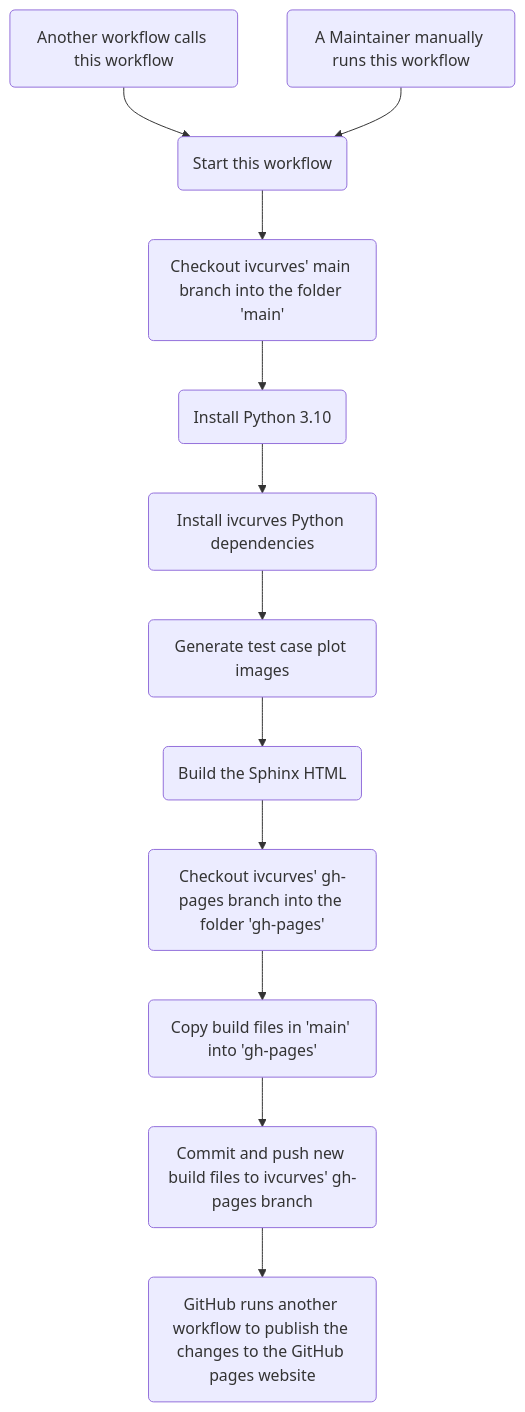
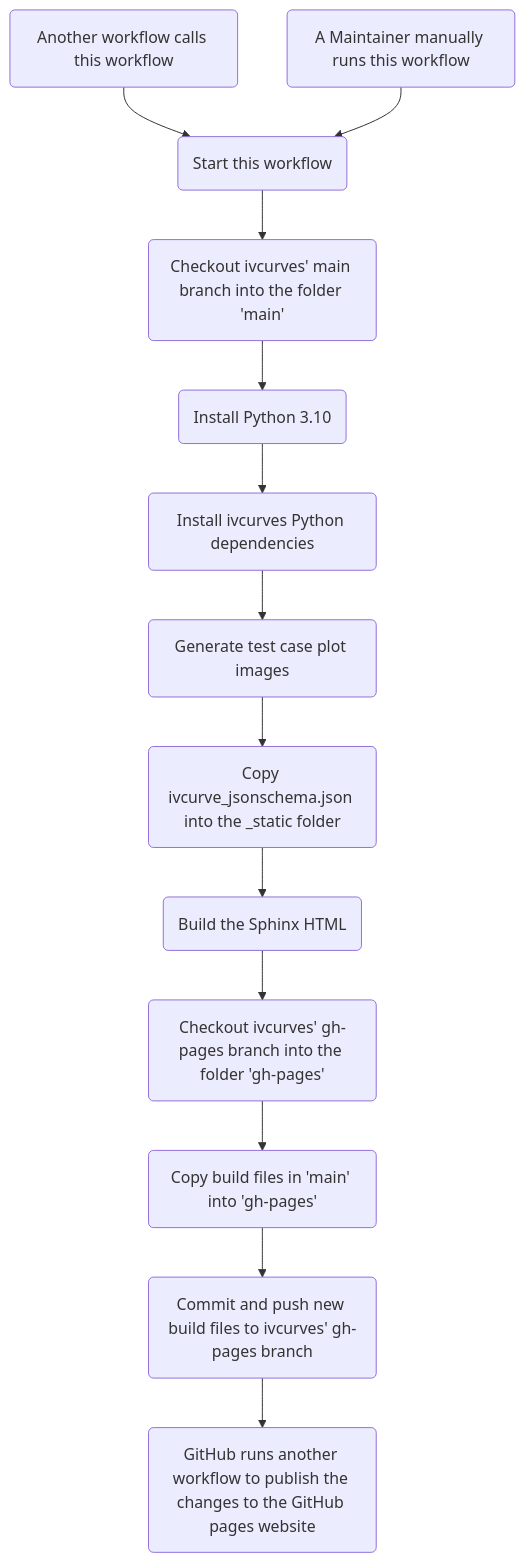
The diagram in docs/sphinx/source/reference/github_workflows/build_sphinx_docs.rst (cwhanse/ivcurves), drawn with Mermaid before and after one commit. The commit also changed 10 other files, not shown here.

Commit message:
adding json schema viewer, and updating docs

```diff
--- a/docs/sphinx/source/reference/github_workflows/build_sphinx_docs.rst
+++ b/docs/sphinx/source/reference/github_workflows/build_sphinx_docs.rst
@@ -4,20 +4,21 @@
 .. mermaid::
 
    flowchart
    CalledByAnotherWorkflow(Another workflow calls this workflow) --> StartWorkflow(Start this workflow)
    CalledByMaintainer(A Maintainer manually runs this workflow) --> StartWorkflow
 
    StartWorkflow --> CheckoutMain(Checkout ivcurves' main branch into the folder 'main')
    CheckoutMain --> InstallPython310(Install Python 3.10)
    InstallPython310 --> InstallIVCurvesDependencies(Install ivcurves Python dependencies)
    InstallIVCurvesDependencies --> GenerateTestCasePlotImages(Generate test case plot images)
 
-   GenerateTestCasePlotImages --> BuildSphinx(Build the Sphinx HTML)
+   GenerateTestCasePlotImages --> CopyIntoStaticFiles(Copy ivcurve_jsonschema.json into the _static folder)
+   CopyIntoStaticFiles --> BuildSphinx(Build the Sphinx HTML)
 
    BuildSphinx --> CheckoutGHPages(Checkout ivcurves' gh-pages branch into the folder 'gh-pages')
 
    CheckoutGHPages --> CopyBuildFiles(Copy build files in 'main' into 'gh-pages')
 
    CopyBuildFiles --> CommitNewBuild(Commit and push new build files to ivcurves' gh-pages branch)
 
    CommitNewBuild --> PublishGHPages(GitHub runs another workflow to publish the changes to the GitHub pages website)
```
